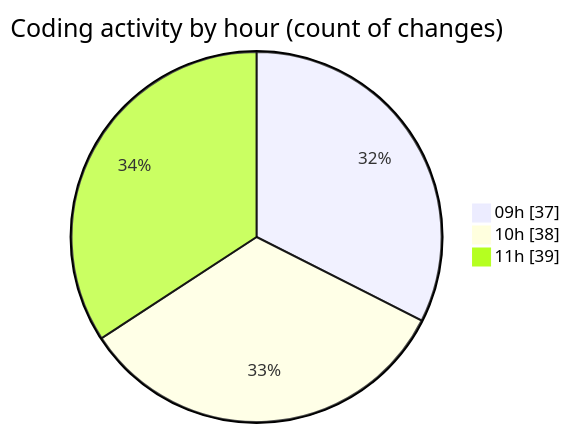
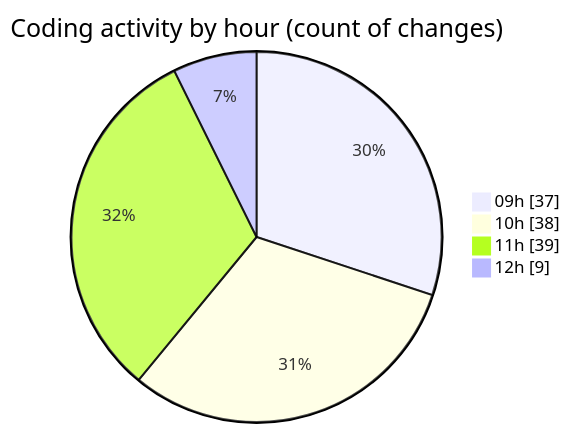
One commit to momahboobian/code-tracking changed the second of 2 diagrams in 2025-02-12/cda/README.md. Above: the diagram before and after it, drawn with Mermaid. The commit also changed other lines of this file and 1 other file, not shown here.

````diff
--- a/2025-02-12/cda/README.md
+++ b/2025-02-12/cda/README.md
@@ -32,7 +32,8 @@
 ```mermaid
 pie showData
 title Coding activity by hour (count of changes)
 "09h" : 37
 "10h" : 38
 "11h" : 39
+"12h" : 9
 ```
````
